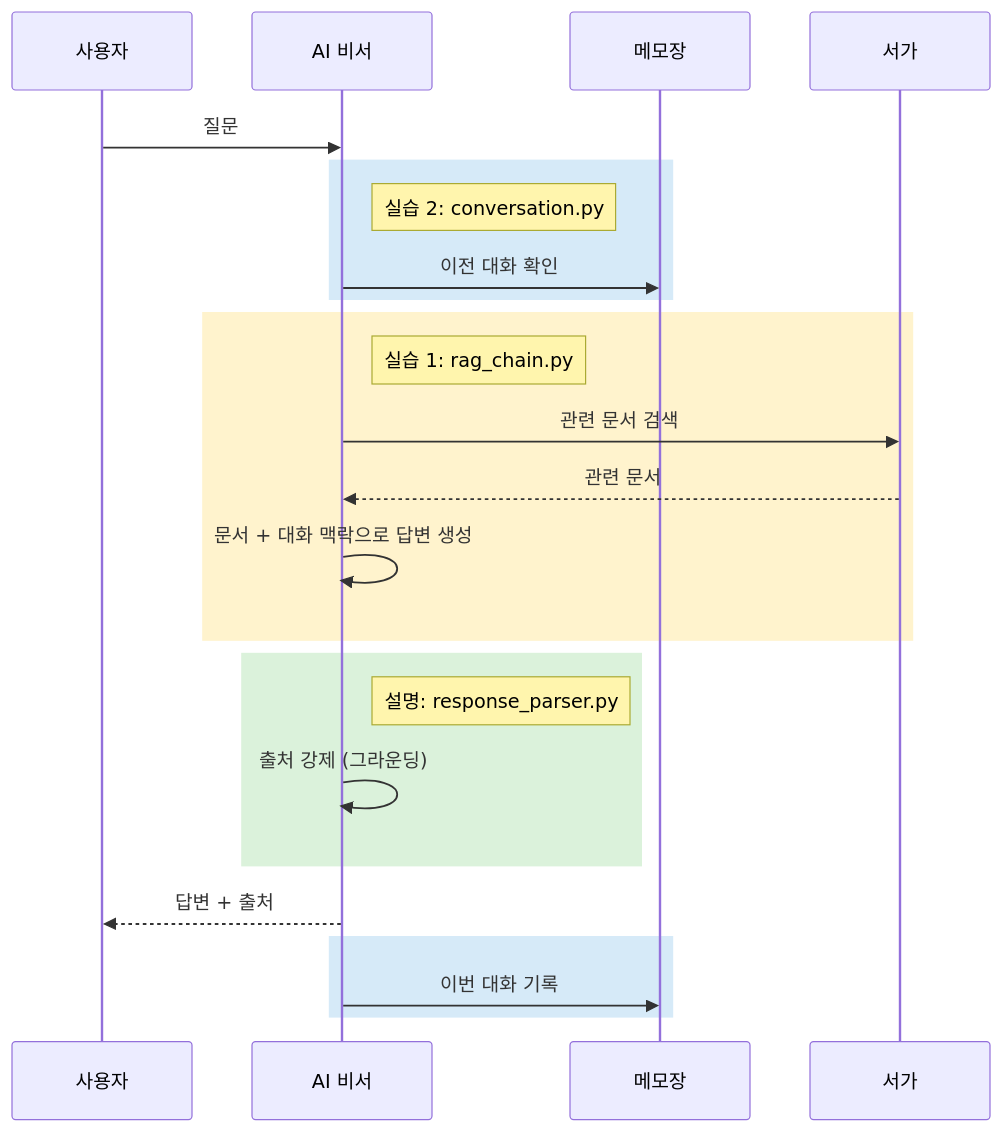
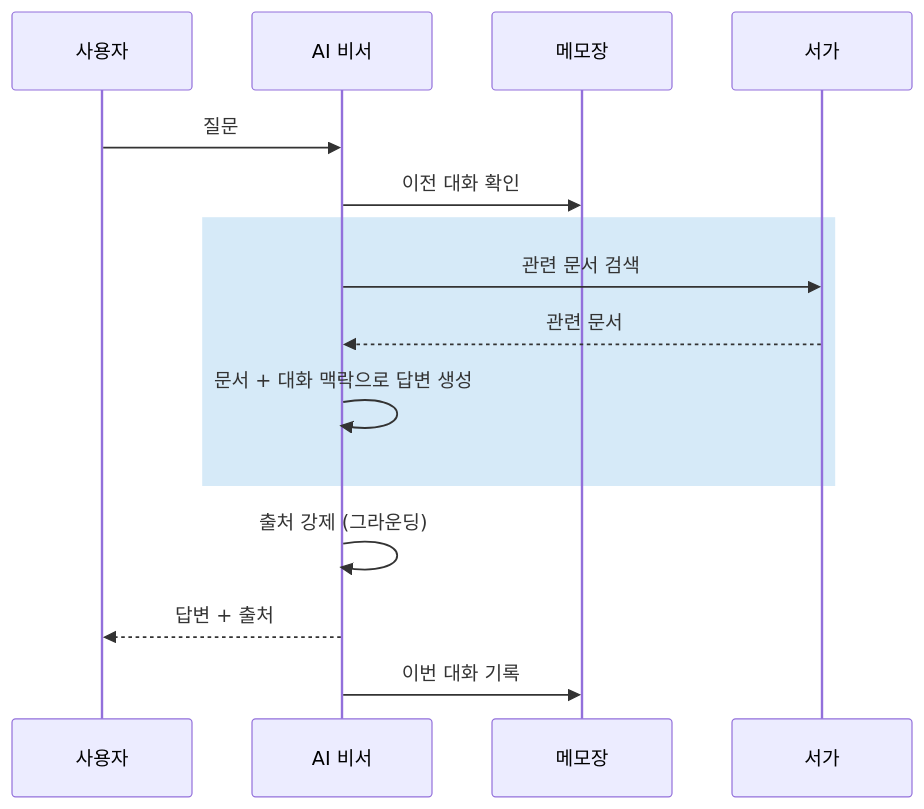
The second of 4 diagrams in projects/사내AI비서_v2/chapters/05-드디어-답해준다.md (edu-openskill/lecture-book-workflow), drawn with Mermaid before and after one commit. The commit also changed other lines of this file, not shown here.

First line of the commit message:
fix: CH05 다이어그램 — 전체 흐름 통일 + 해당 섹션만 파란색

````diff
--- a/projects/사내AI비서_v2/chapters/05-드디어-답해준다.md
+++ b/projects/사내AI비서_v2/chapters/05-드디어-답해준다.md
@@ -281,22 +333,13 @@
 ```mermaid
 sequenceDiagram
     사용자->>AI 비서: 질문
+    AI 비서->>메모장: 이전 대화 확인
     rect rgb(214, 234, 248)
-        Note right of AI 비서: 실습 2: conversation.py
-        AI 비서->>메모장: 이전 대화 확인
-    end
-    rect rgb(255, 243, 205)
-        Note right of AI 비서: 실습 1: rag_chain.py
         AI 비서->>서가: 관련 문서 검색
         서가-->>AI 비서: 관련 문서
         AI 비서->>AI 비서: 문서 + 대화 맥락으로 답변 생성
     end
-    rect rgb(219, 242, 219)
-        Note right of AI 비서: 설명: response_parser.py
-        AI 비서->>AI 비서: 출처 강제 (그라운딩)
-    end
+    AI 비서->>AI 비서: 출처 강제 (그라운딩)
     AI 비서-->>사용자: 답변 + 출처
-    rect rgb(214, 234, 248)
-        AI 비서->>메모장: 이번 대화 기록
-    end
+    AI 비서->>메모장: 이번 대화 기록
 ```
````
